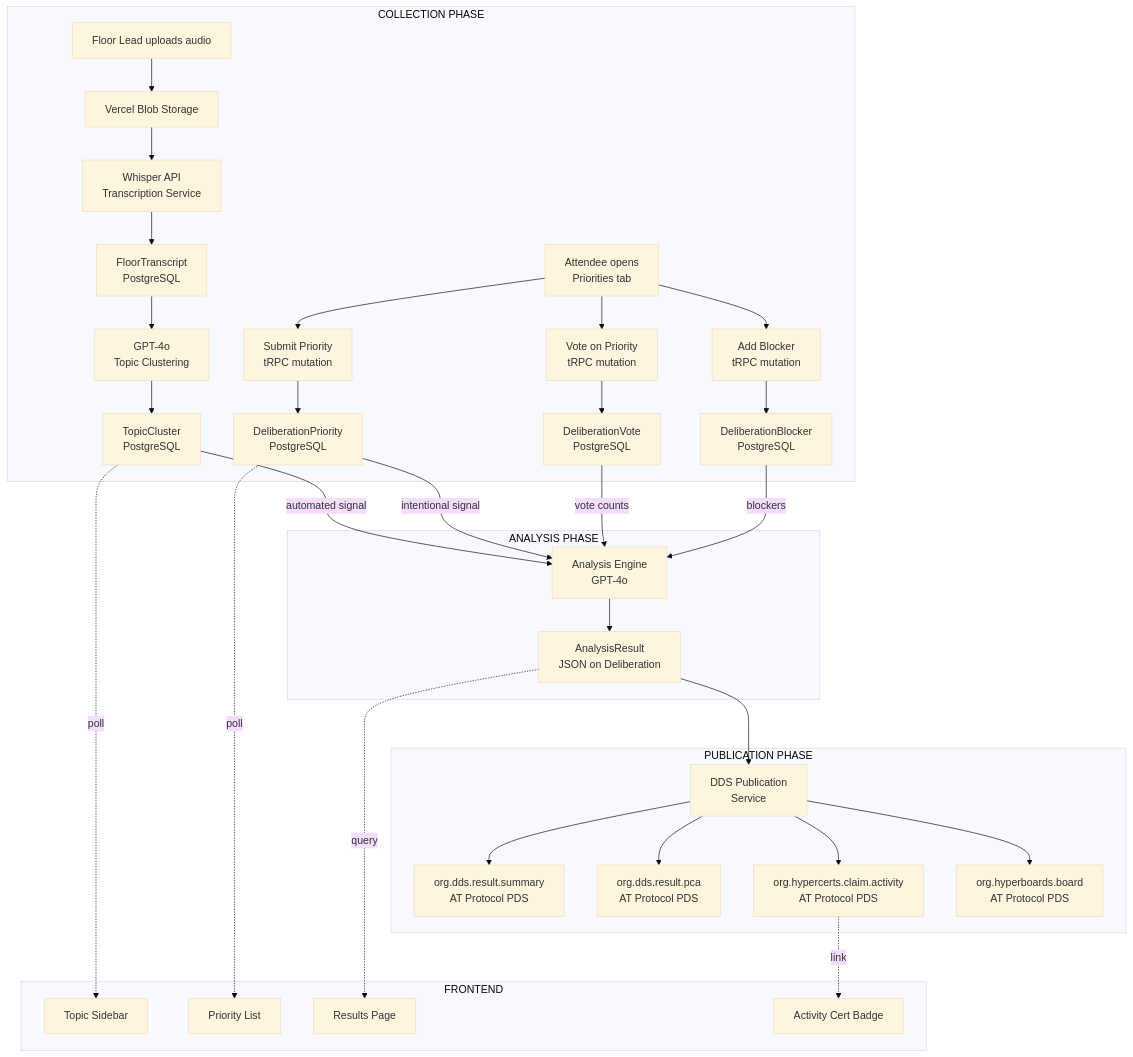
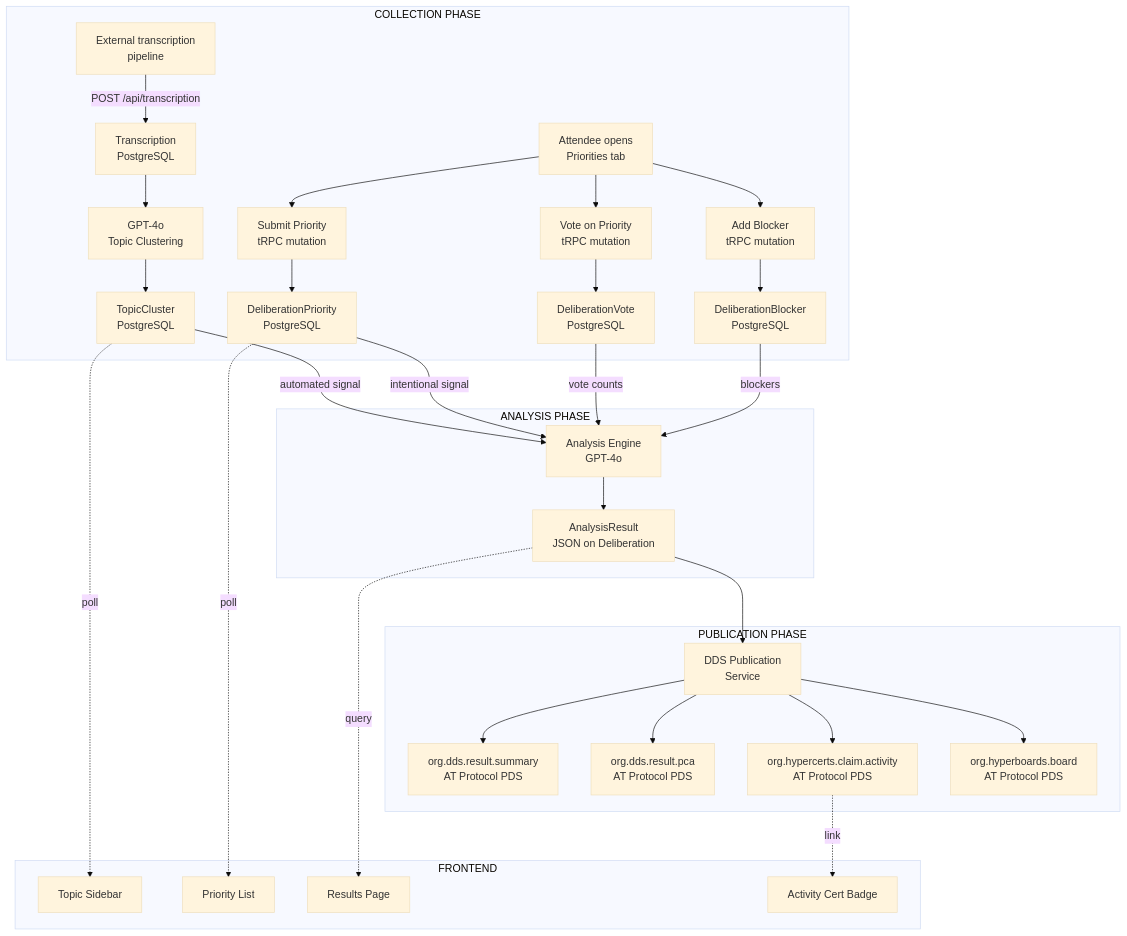
The first of 4 diagrams in SPEC-CONFERENCE-INTELLIGENCE-TECHNICAL.md (positonic/ai-crm), drawn with Mermaid (base theme) before and after one commit. The commit also changed other lines of this file and 13 other files, not shown here.

First line of the commit message:
feat: add transcription model and related API endpoints

````diff
--- a/SPEC-CONFERENCE-INTELLIGENCE-TECHNICAL.md
+++ b/SPEC-CONFERENCE-INTELLIGENCE-TECHNICAL.md
@@ -21,40 +21,38 @@
 ```mermaid
 graph TD
     subgraph Collection["COLLECTION PHASE"]
-        A1[Floor Lead uploads audio] --> B1[Vercel Blob Storage]
-        B1 --> C1[Whisper API<br/>Transcription Service]
-        C1 --> D1[FloorTranscript<br/>PostgreSQL]
+        A1[External transcription<br/>pipeline] -->|POST /api/transcription| D1[Transcription<br/>PostgreSQL]
         D1 --> E1[GPT-4o<br/>Topic Clustering]
         E1 --> F1[TopicCluster<br/>PostgreSQL]
 
         A2[Attendee opens<br/>Priorities tab] --> B2[Submit Priority<br/>tRPC mutation]
         B2 --> C2[DeliberationPriority<br/>PostgreSQL]
         A2 --> D2[Vote on Priority<br/>tRPC mutation]
         D2 --> E2[DeliberationVote<br/>PostgreSQL]
         A2 --> F2[Add Blocker<br/>tRPC mutation]
         F2 --> G2[DeliberationBlocker<br/>PostgreSQL]
     end
 
     subgraph Analysis["ANALYSIS PHASE"]
         F1 -->|automated signal| H[Analysis Engine<br/>GPT-4o]
         C2 -->|intentional signal| H
         E2 -->|vote counts| H
         G2 -->|blockers| H
         H --> I[AnalysisResult<br/>JSON on Deliberation]
     end
 
     subgraph Publication["PUBLICATION PHASE"]
         I --> J[DDS Publication<br/>Service]
         J --> K1[org.dds.result.summary<br/>AT Protocol PDS]
         J --> K2[org.dds.result.pca<br/>AT Protocol PDS]
         J --> K3[org.hypercerts.claim.activity<br/>AT Protocol PDS]
         J --> K4[org.hyperboards.board<br/>AT Protocol PDS]
     end
 
     subgraph UI["FRONTEND"]
         F1 -.->|poll| L1[Topic Sidebar]
         C2 -.->|poll| L2[Priority List]
         I -.->|query| L3[Results Page]
         K3 -.->|link| L4[Activity Cert Badge]
     end
 ```
````
